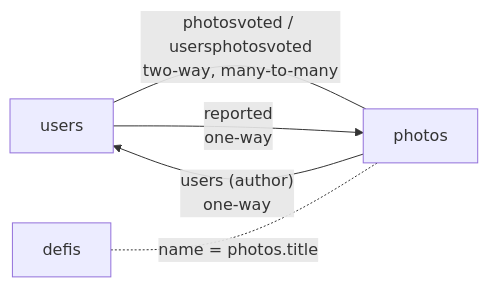
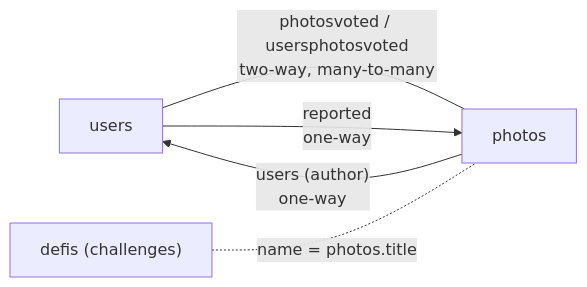
The diagram in docs/01-appwrite-backend.md (Saccharoze/Prokli), drawn with Mermaid before and after one commit. The commit also changed other lines of this file and 2 other files, not shown here.

````diff
--- a/docs/01-appwrite-backend.md
+++ b/docs/01-appwrite-backend.md
@@ -7,7 +7,7 @@
 ```mermaid
 flowchart LR
   U["users"] -- "photosvoted / usersphotosvoted<br/>two-way, many-to-many" --- P["photos"]
   U -- "reported<br/>one-way" --> P
   P -- "users (author)<br/>one-way" --> U
-  D["defis"] -. "name = photos.title" .- P
+  D["defis (challenges)"] -. "name = photos.title" .- P
 ```
````
